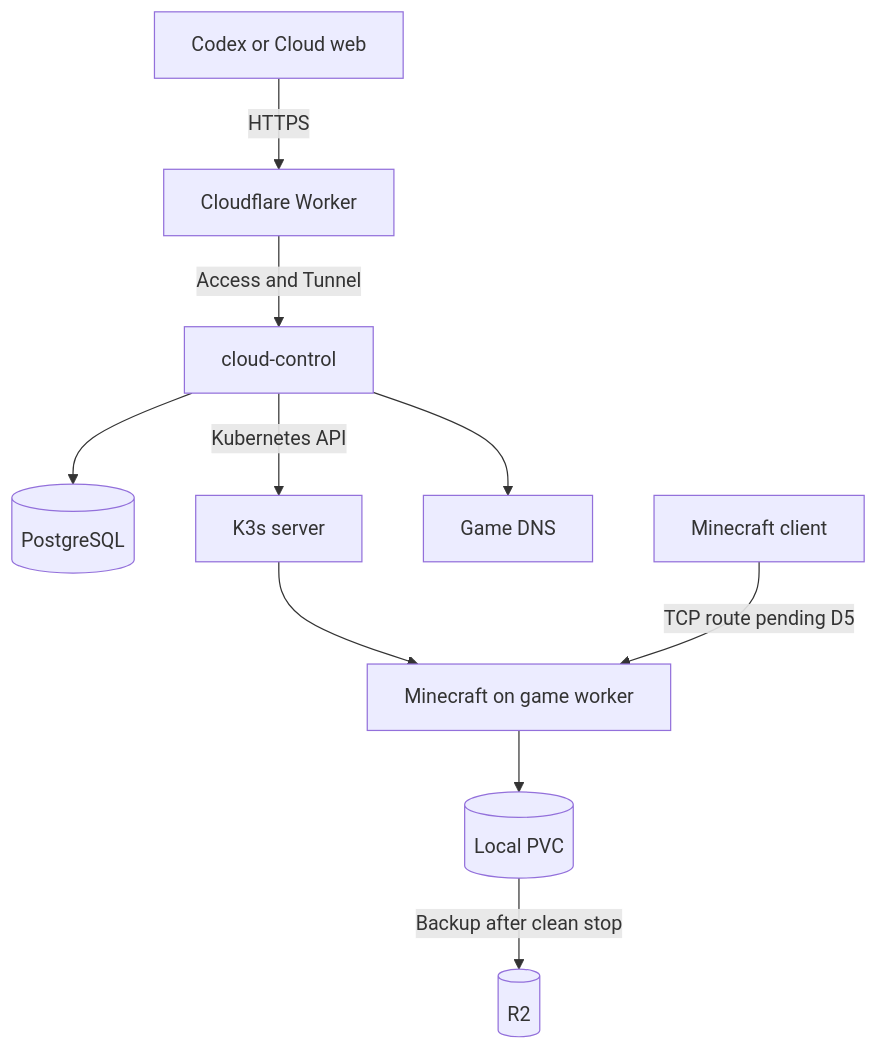
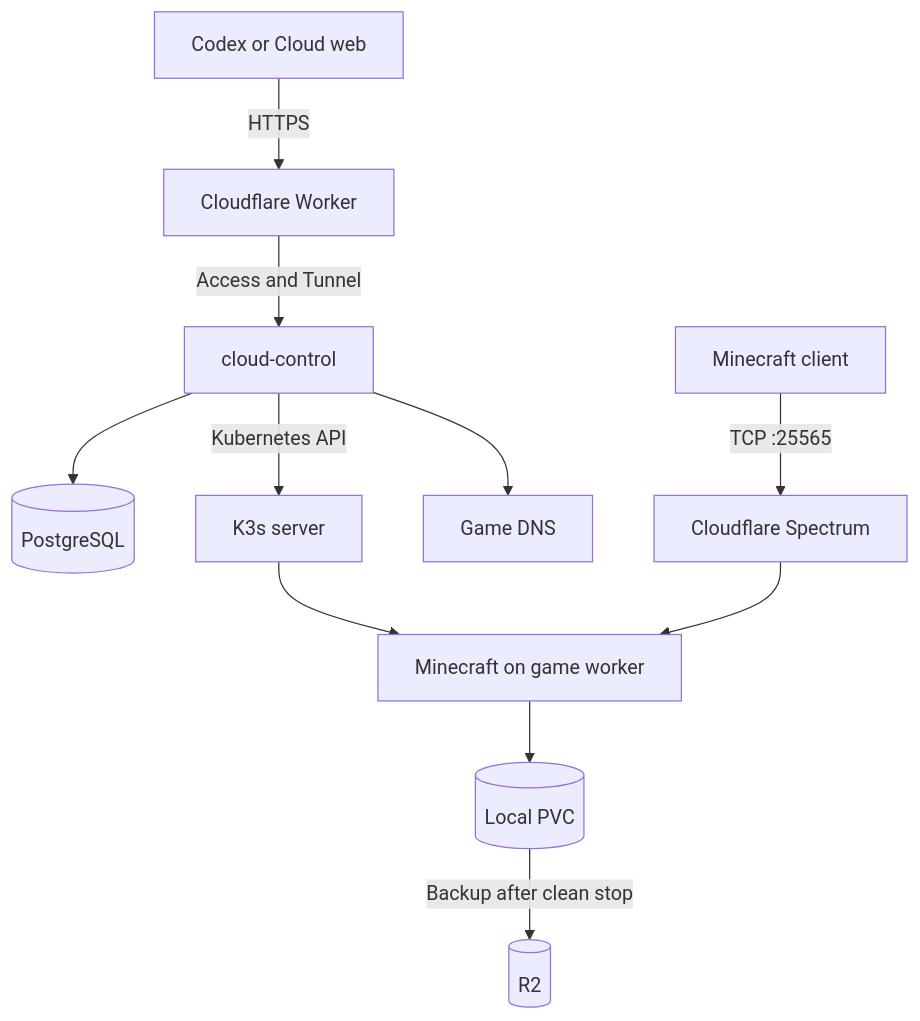
The diagram in docs/architecture.md (147pop/agent-cloud), drawn with Mermaid before and after one commit. The commit also changed other lines of this file and 4 other files, not shown here.

````diff
--- a/docs/architecture.md
+++ b/docs/architecture.md
@@ -15,12 +15,13 @@
 ```mermaid
 flowchart TD
     Client[Codex or Cloud web] -->|HTTPS| Edge[Cloudflare Worker]
     Edge -->|Access and Tunnel| Control[cloud-control]
     Control --> DB[(PostgreSQL)]
     Control -->|Kubernetes API| K3s[K3s server]
     K3s --> Game[Minecraft on game worker]
     Game --> Data[(Local PVC)]
     Data -->|Backup after clean stop| Backup[(R2)]
     Control --> DNS[Game DNS]
-    Player[Minecraft client] -->|TCP route pending D5| Game
+    Player[Minecraft client] -->|TCP :25565| Spectrum[Cloudflare Spectrum]
+    Spectrum --> Game
 ```
````
